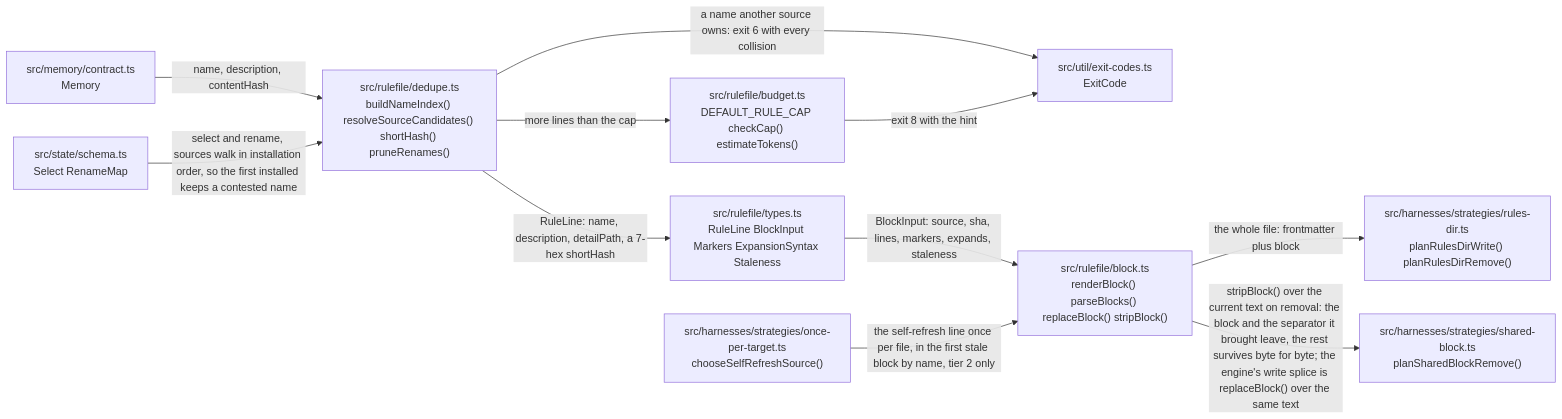
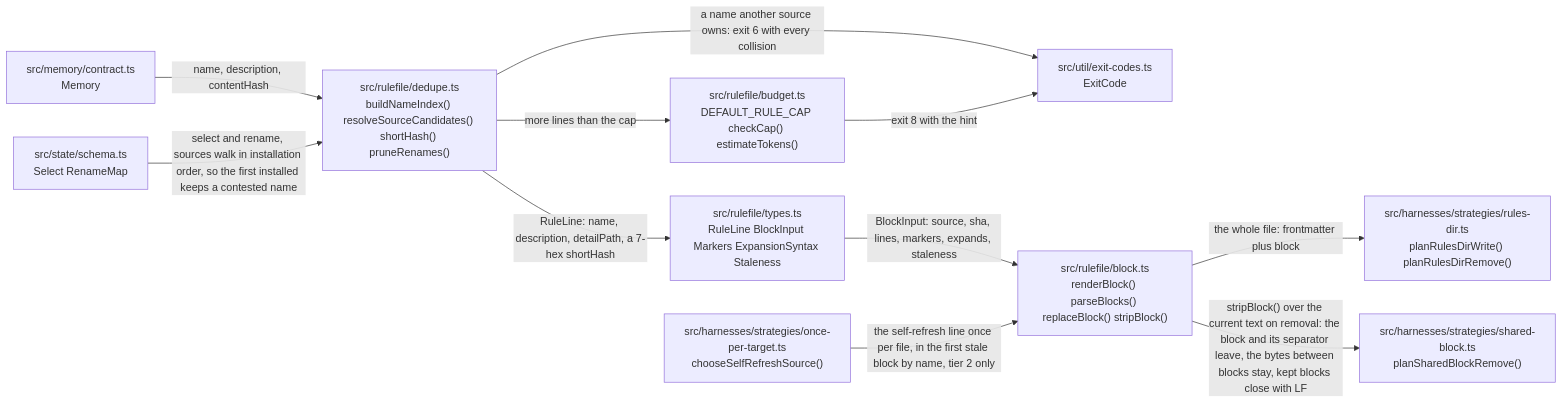
Before and after one commit to Vivswan/maxims: the fourth of 15 diagrams in docs/architecture.md, drawn with Mermaid. The commit also changed 2 other files, not shown here.

Commit message:
refactor(harnesses): name the retained-block behavior exactly
The architecture edge for a shared-block removal said the rest of the file survives byte for byte, which stripBlock does not promise: it keeps the bytes between blocks and closes every kept block with LF, whatever closed it on disk. The label now says that.

The shared-block strategy comment narrated the engine's planRuleFile and the removal branch; it is cut to the one fact this file cannot show, that writing lives in the engine.

The dsh budget test and its helper were still named for a write after the test came to run only assertWithinBudget; both are named for the budget check they make.

````diff
--- a/docs/architecture.md
+++ b/docs/architecture.md
@@ -142,23 +142,23 @@
 ```mermaid
 flowchart LR
   memory["src/memory/contract.ts<br>Memory"]
   intent["src/state/schema.ts<br>Select RenameMap"]
   dedupe["src/rulefile/dedupe.ts<br>buildNameIndex() resolveSourceCandidates() shortHash() pruneRenames()"]
   budget["src/rulefile/budget.ts<br>DEFAULT_RULE_CAP checkCap() estimateTokens()"]
   exit["src/util/exit-codes.ts<br>ExitCode"]
   types["src/rulefile/types.ts<br>RuleLine BlockInput Markers ExpansionSyntax Staleness"]
   block["src/rulefile/block.ts<br>renderBlock() parseBlocks() replaceBlock() stripBlock()"]
   selfrefresh["src/harnesses/strategies/once-per-target.ts<br>chooseSelfRefreshSource()"]
   rulesdir["src/harnesses/strategies/rules-dir.ts<br>planRulesDirWrite() planRulesDirRemove()"]
   shared["src/harnesses/strategies/shared-block.ts<br>planSharedBlockRemove()"]
   memory -->|"name, description, contentHash"| dedupe
   intent -->|"select and rename, sources walk in installation order, so the first installed keeps a contested name"| dedupe
   dedupe -->|"a name another source owns: exit 6 with every collision"| exit
   dedupe -->|"more lines than the cap"| budget
   budget -->|"exit 8 with the hint"| exit
   dedupe -->|"RuleLine: name, description, detailPath, a 7-hex shortHash"| types
   types -->|"BlockInput: source, sha, lines, markers, expands, staleness"| block
   selfrefresh -->|"the self-refresh line once per file, in the first stale block by name, tier 2 only"| block
   block -->|"the whole file: frontmatter plus block"| rulesdir
-  block -->|"stripBlock() over the current text on removal: the block and the separator it brought leave, the rest survives byte for byte; the engine's write splice is replaceBlock() over the same text"| shared
+  block -->|"stripBlock() over the current text on removal: the block and its separator leave, the bytes between blocks stay, kept blocks close with LF"| shared
 ```
````
